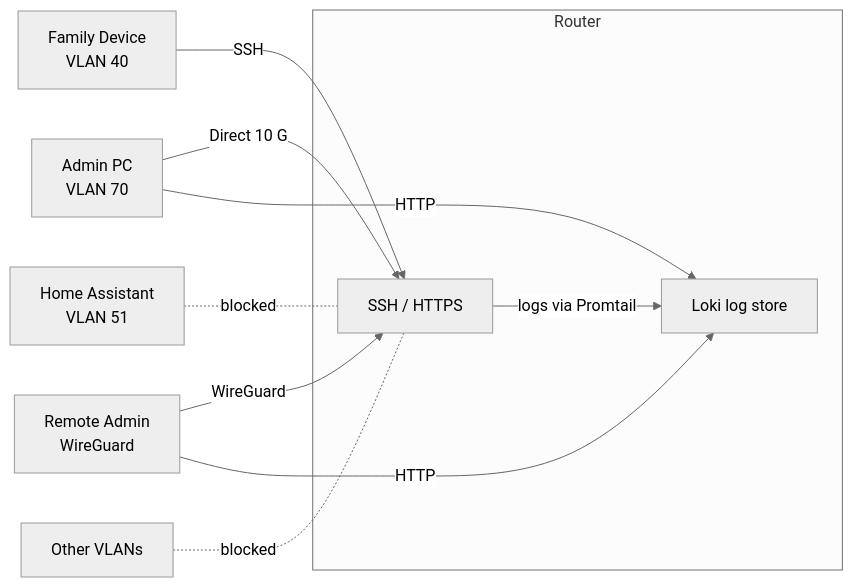
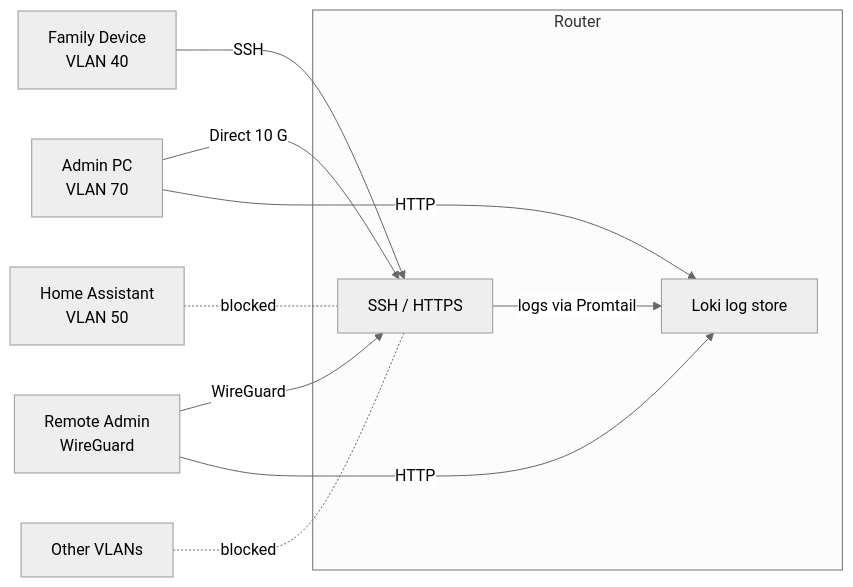
The seventh of 8 diagrams in SOFTWARE.md (GEMISIS/home-network-setup), drawn with Mermaid (neutral theme) before and after one commit. The commit also changed other lines of this file and 10 other files, not shown here.

Commit message:
Update network to drop Home Assistant VLAN

````diff
--- a/SOFTWARE.md
+++ b/SOFTWARE.md
@@ -124,21 +121,21 @@
 ```mermaid
 flowchart LR
     AdminPC["Admin PC</br>VLAN 70"]
     FamilyPC["Family Device</br>VLAN 40"]
-    HA["Home Assistant</br>VLAN 51"]
+    HA["Home Assistant</br>VLAN 50"]
     WGUser["Remote Admin</br>WireGuard"]
     Others["Other VLANs"]
     subgraph RouterBox["Router"]
         Router["SSH / HTTPS"]
         Loki["Loki log store"]
     end
 
     WGUser -->|"WireGuard"| Router
     AdminPC -->|"Direct 10 G"| Router
     FamilyPC -->|"SSH"| Router
     HA -.-|"blocked"| Router
     Others -.-|"blocked"| Router
     Router -- "logs via Promtail" --> Loki
     AdminPC -->|"HTTP"| Loki
     WGUser -->|"HTTP"| Loki
 ```
````
